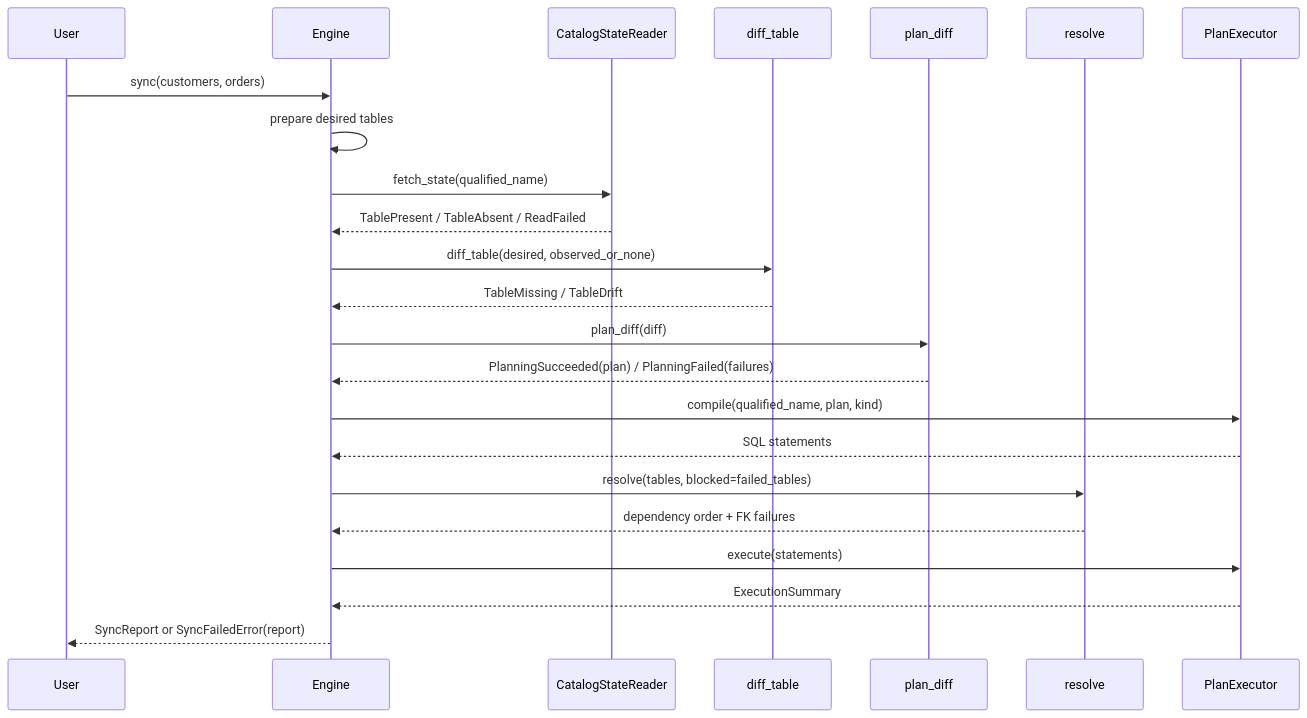
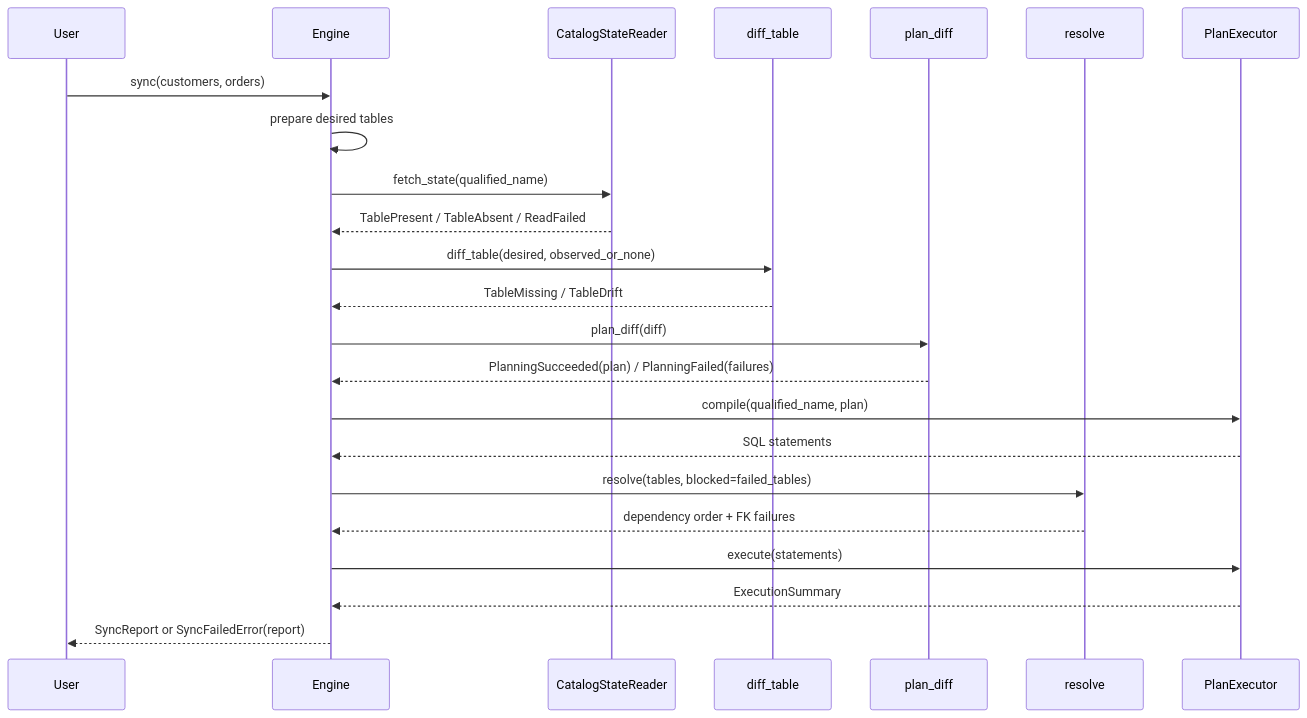
The third of 5 diagrams in docs/explanation-architecture.md (Tomoscorbin/delta-engine), drawn with Mermaid before and after one commit. The commit also changed other lines of this file and 21 other files, not shown here.

Commit message:
refactor: carry the relation kind on the diff and plan, not the port

````diff
--- a/docs/explanation-architecture.md
+++ b/docs/explanation-architecture.md
@@ -248,26 +248,26 @@
 ```mermaid
 sequenceDiagram
     participant User
     participant Engine
     participant Reader as CatalogStateReader
     participant Differ as diff_table
     participant Planner as plan_diff
     participant Resolver as resolve
     participant Executor as PlanExecutor
 
     User->>Engine: sync(customers, orders)
     Engine->>Engine: prepare desired tables
     Engine->>Reader: fetch_state(qualified_name)
     Reader-->>Engine: TablePresent / TableAbsent / ReadFailed
     Engine->>Differ: diff_table(desired, observed_or_none)
     Differ-->>Engine: TableMissing / TableDrift
     Engine->>Planner: plan_diff(diff)
     Planner-->>Engine: PlanningSucceeded(plan) / PlanningFailed(failures)
-    Engine->>Executor: compile(qualified_name, plan, kind)
+    Engine->>Executor: compile(qualified_name, plan)
     Executor-->>Engine: SQL statements
     Engine->>Resolver: resolve(tables, blocked=failed_tables)
     Resolver-->>Engine: dependency order + FK failures
     Engine->>Executor: execute(statements)
     Executor-->>Engine: ExecutionSummary
     Engine-->>User: SyncReport or SyncFailedError(report)
 ```
````
